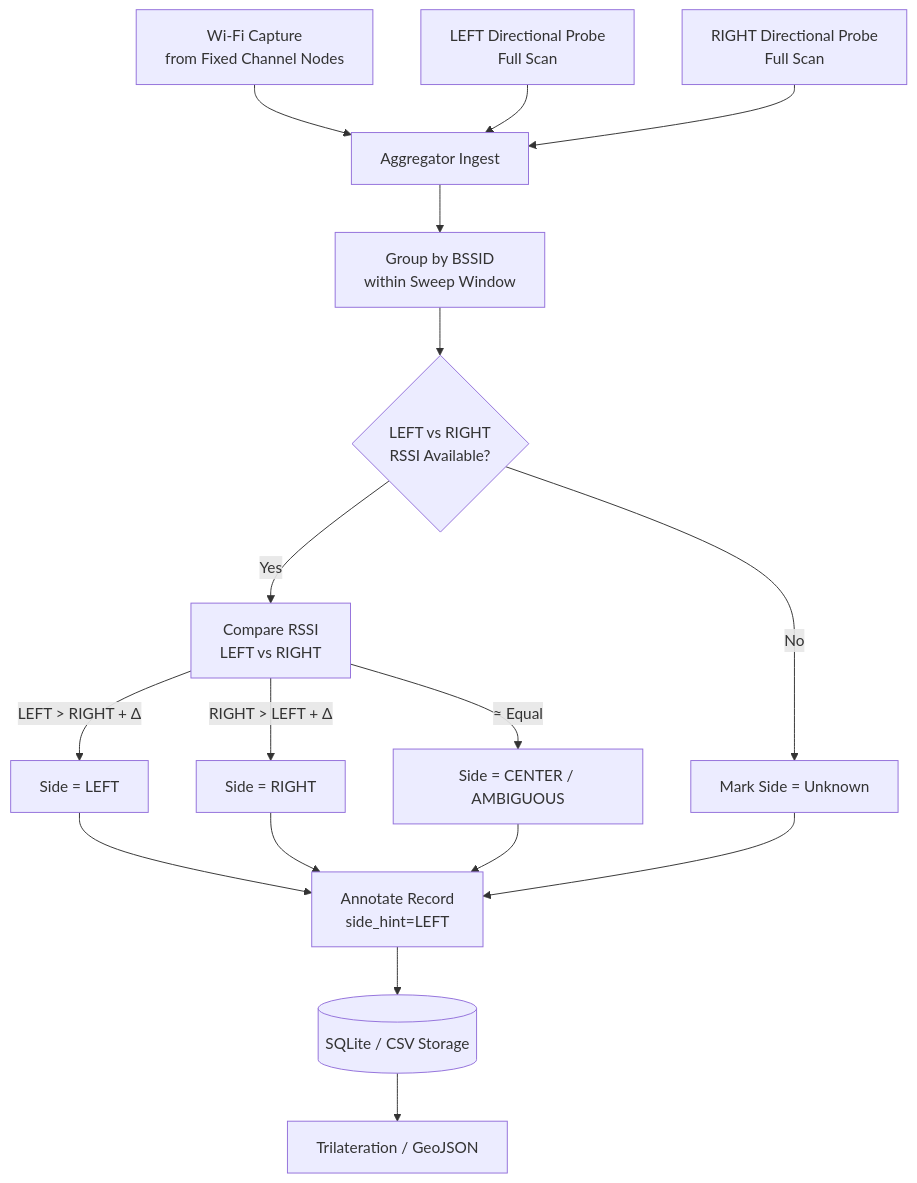
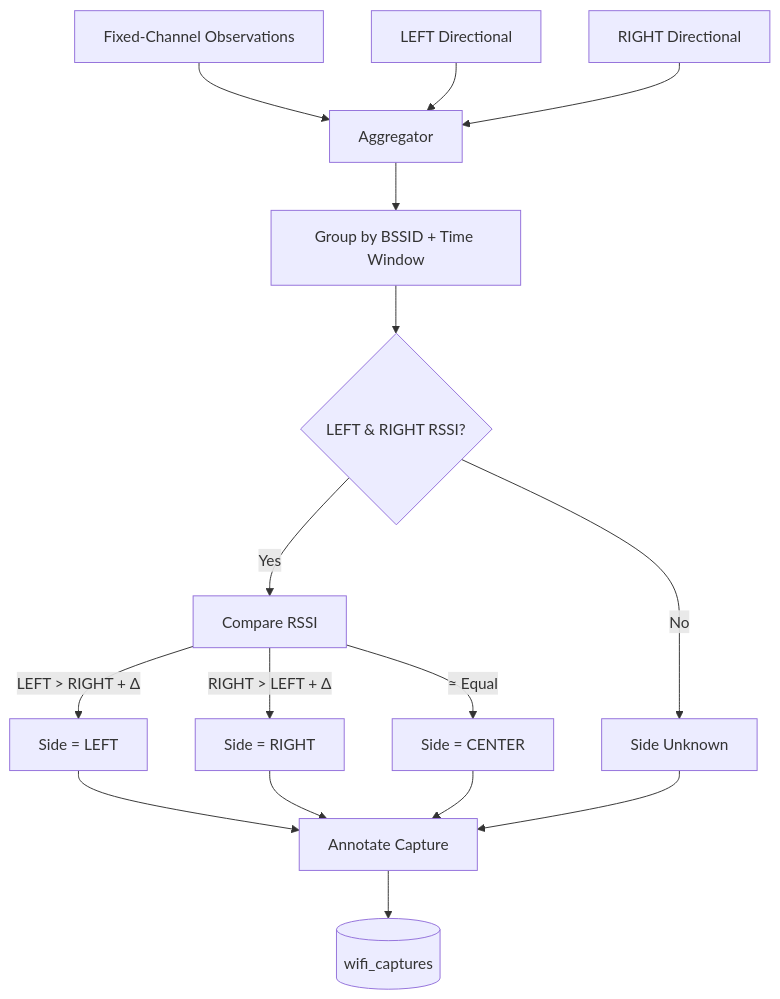
One commit to sbejarano/WiFi_Promiscuous changed the third of 3 diagrams in Readme.md. Above: the diagram before and after it, drawn with Mermaid. The commit also changed other lines of this file, not shown here.

````diff
--- a/Readme.md
+++ b/Readme.md
@@ -242,30 +179,24 @@
 ```mermaid
 flowchart TD
+    A[Fixed‑Channel Observations] --> B[Aggregator]
+    L[LEFT Directional] --> B
+    R[RIGHT Directional] --> B
 
-  A[Wi-Fi Capture<br/>from Fixed Channel Nodes] --> B[Aggregator Ingest]
-  L[LEFT Directional Probe<br/>Full Scan] --> B
-  R[RIGHT Directional Probe<br/>Full Scan] --> B
+    B --> C[Group by BSSID + Time Window]
 
-  B --> C[Group by BSSID
-within Sweep Window]
+    C --> D{LEFT & RIGHT RSSI?}
 
-  C --> D{LEFT vs RIGHT
-RSSI Available?}
+    D -->|Yes| E[Compare RSSI]
+    D -->|No| F[Side Unknown]
 
-  D -->|Yes| E[Compare RSSI
-LEFT vs RIGHT]
-  D -->|No| F[Mark Side = Unknown]
+    E -->|LEFT > RIGHT + Δ| G[Side = LEFT]
+    E -->|RIGHT > LEFT + Δ| H[Side = RIGHT]
+    E -->|≈ Equal| I[Side = CENTER]
 
-  E -->|LEFT > RIGHT + Δ| G[Side = LEFT]
-  E -->|RIGHT > LEFT + Δ| H[Side = RIGHT]
-  E -->|≈ Equal| I[Side = CENTER / AMBIGUOUS]
+    G --> J[Annotate Capture]
+    H --> J
+    I --> J
+    F --> J
 
-  G --> J[Annotate Record
-side_hint=LEFT]
-  H --> J
-  I --> J
-  F --> J
-
-  J --> K[(SQLite / CSV Storage)]
-  K --> M[Trilateration / GeoJSON]
+    J --> DB[(wifi_captures)]
 ```
````
